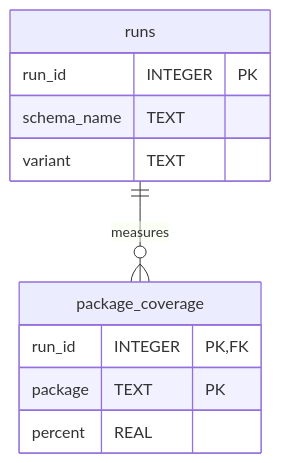
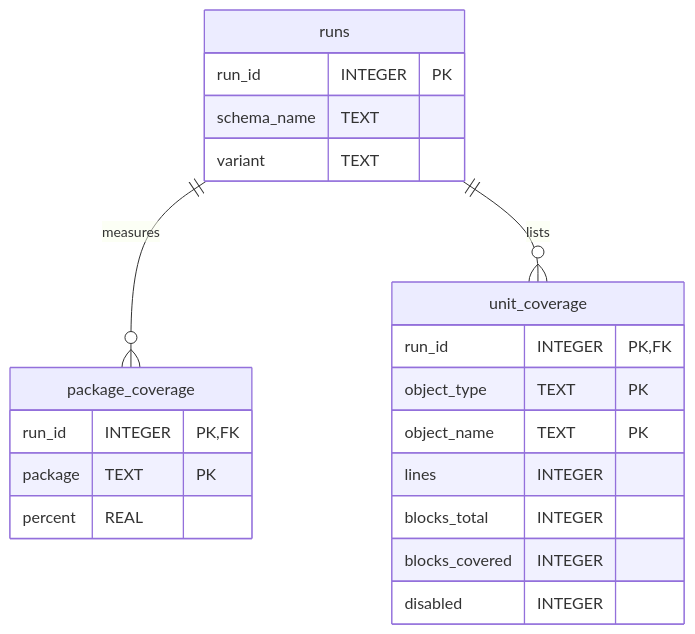
Before and after one commit to jkvetina/ADT.ai: the diagram in docs/storage_ut.md, drawn with Mermaid. The commit also changed other lines of this file and 115 other files, not shown here.

````diff
--- a/docs/storage_ut.md
+++ b/docs/storage_ut.md
@@ -9,14 +9,24 @@
 ```mermaid
 erDiagram
     runs {
         run_id INTEGER PK
         schema_name TEXT
         variant TEXT
     }
     package_coverage {
         run_id INTEGER PK, FK
         package TEXT PK
         percent REAL
     }
+    unit_coverage {
+        run_id INTEGER PK, FK
+        object_type TEXT PK
+        object_name TEXT PK
+        lines INTEGER
+        blocks_total INTEGER
+        blocks_covered INTEGER
+        disabled INTEGER
+    }
     runs ||--o{ package_coverage : measures
+    runs ||--o{ unit_coverage : lists
 ```
````
